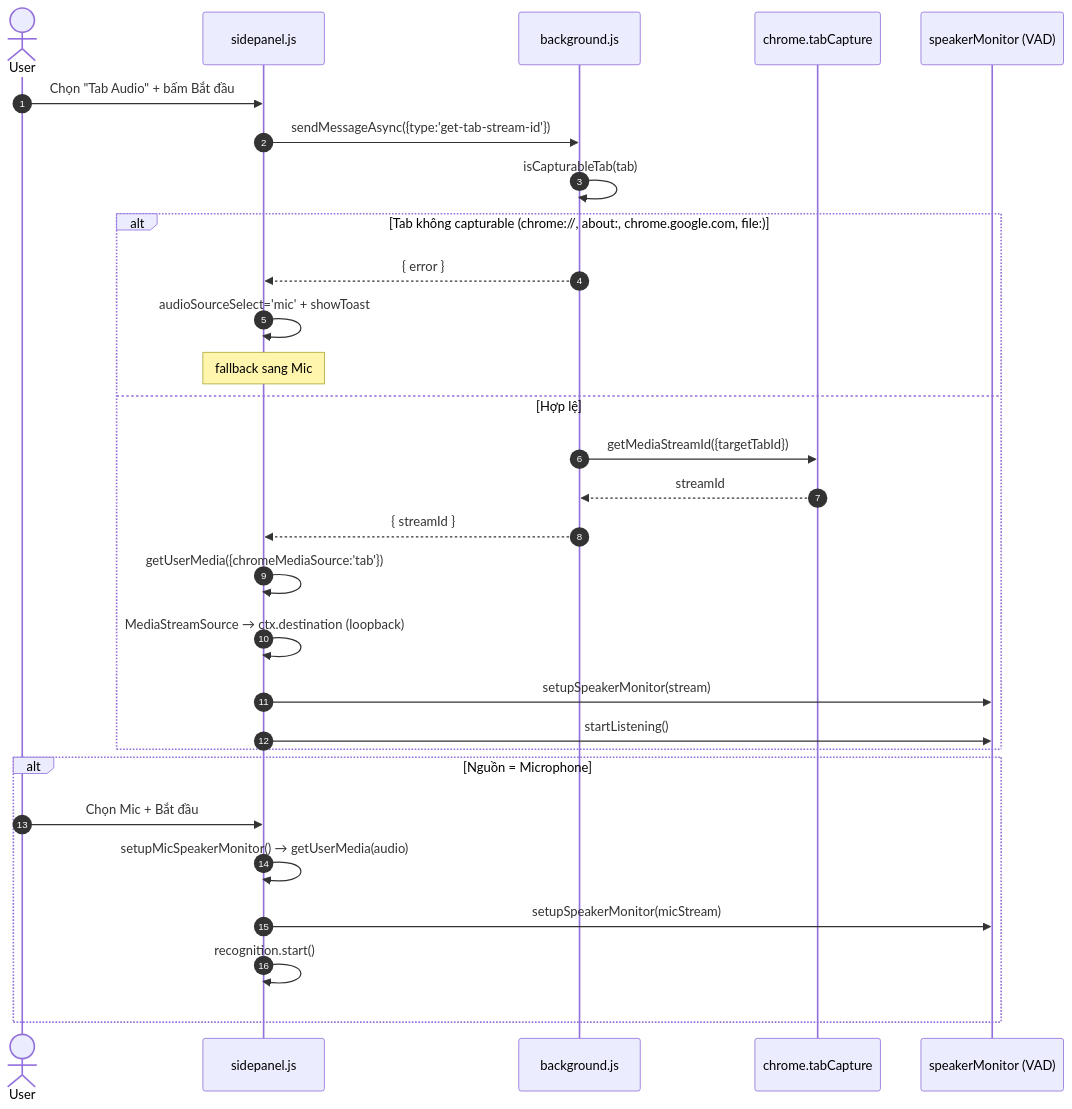
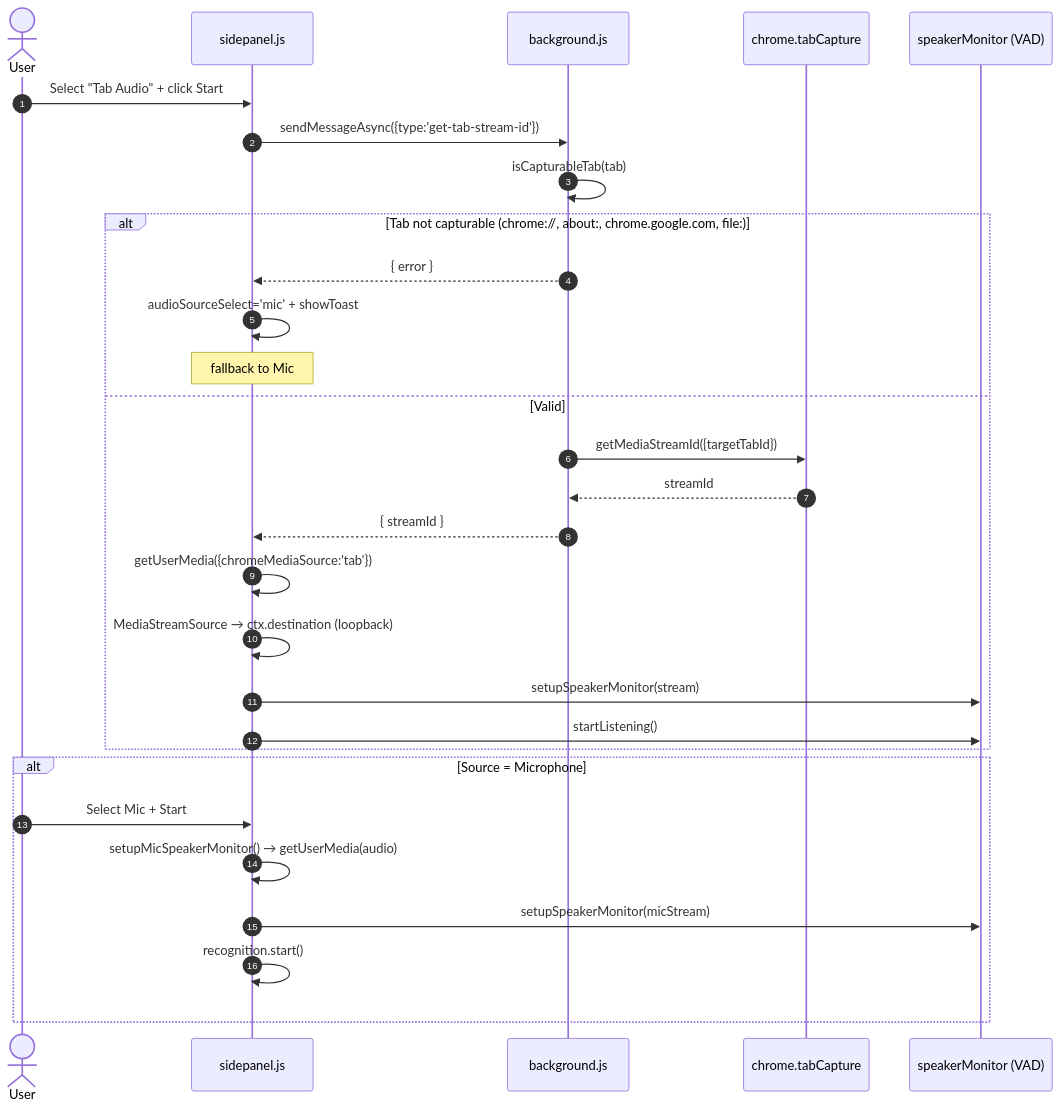
The second of 9 diagrams in README.md (nbhson/app-live-translate-extension), drawn with Mermaid before and after one commit. The commit also changed other lines of this file, not shown here.

````diff
--- a/README.md
+++ b/README.md
@@ -67,33 +67,33 @@
 ```mermaid
 sequenceDiagram
     autonumber
     actor U as User
     participant UI as sidepanel.js
     participant BG as background.js
     participant TC as chrome.tabCapture
     participant SP as speakerMonitor (VAD)
 
-    U->>UI: Chọn "Tab Audio" + bấm Bắt đầu
+    U->>UI: Select "Tab Audio" + click Start
     UI->>BG: sendMessageAsync({type:'get-tab-stream-id'})
     BG->>BG: isCapturableTab(tab)
-    alt Tab không capturable (chrome://, about:, chrome.google.com, file:)
+    alt Tab not capturable (chrome://, about:, chrome.google.com, file:)
         BG-->>UI: { error }
         UI->>UI: audioSourceSelect='mic' + showToast
-        Note over UI: fallback sang Mic
-    else Hợp lệ
+        Note over UI: fallback to Mic
+    else Valid
         BG->>TC: getMediaStreamId({targetTabId})
         TC-->>BG: streamId
         BG-->>UI: { streamId }
         UI->>UI: getUserMedia({chromeMediaSource:'tab'})
         UI->>UI: MediaStreamSource → ctx.destination (loopback)
         UI->>SP: setupSpeakerMonitor(stream)
         UI->>SP: startListening()
     end
 
-    alt Nguồn = Microphone
-        U->>UI: Chọn Mic + Bắt đầu
+    alt Source = Microphone
+        U->>UI: Select Mic + Start
         UI->>UI: setupMicSpeakerMonitor() → getUserMedia(audio)
         UI->>SP: setupSpeakerMonitor(micStream)
         UI->>UI: recognition.start()
     end
 ```
````
